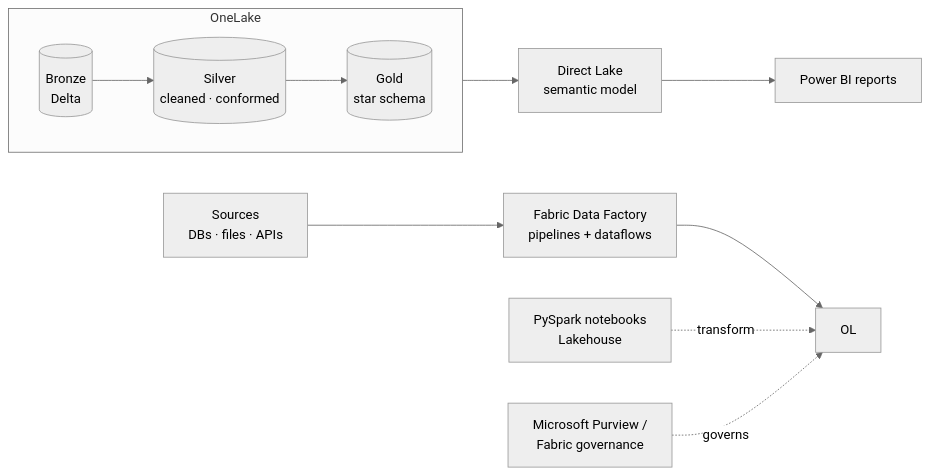
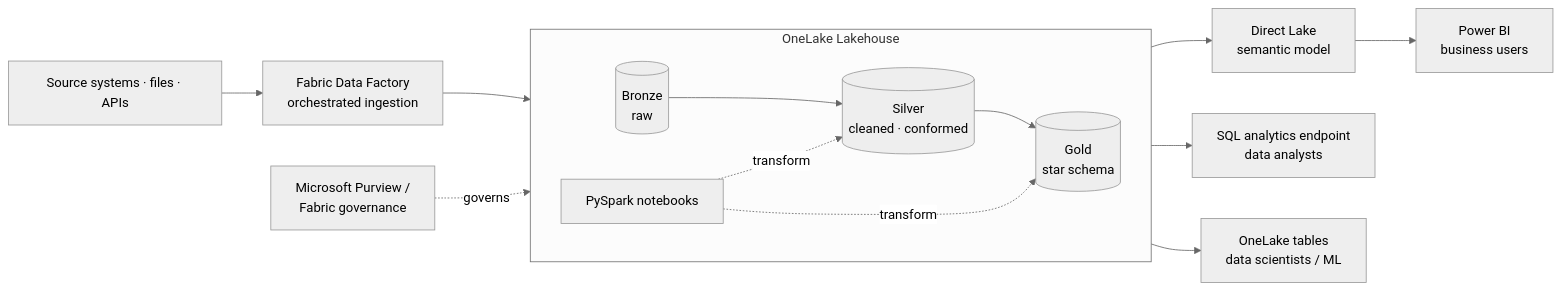
One commit to kamalakarpeta/enterprise-lakehouse-microsoft-fabric changed the diagram in README.md. Above: the diagram before and after it, drawn with Mermaid (neutral theme). The commit also changed other lines of this file, not shown here.

First line of the commit message:
docs: add Data & AI Platform Architect case study

````diff
--- a/README.md
+++ b/README.md
@@ -18,14 +18,17 @@
 ```mermaid
 flowchart LR
-  SRC[Sources<br/>DBs · files · APIs] --> DF[Fabric Data Factory<br/>pipelines + dataflows]
-  DF --> OL
-  subgraph OneLake
+  SRC[Source systems · files · APIs] --> DF[Fabric Data Factory<br/>orchestrated ingestion]
+  DF --> BRZ
+  subgraph OneLake Lakehouse
     direction LR
-    BRZ[(Bronze<br/>Delta)] --> SLV[(Silver<br/>cleaned · conformed)]
+    BRZ[(Bronze<br/>raw)] --> SLV[(Silver<br/>cleaned · conformed)]
     SLV --> GLD[(Gold<br/>star schema)]
+    NB[PySpark notebooks] -. transform .-> SLV
+    NB -. transform .-> GLD
   end
-  NB[PySpark notebooks<br/>Lakehouse] -. transform .-> OL
   GLD --> SM[Direct Lake<br/>semantic model]
-  SM --> PBI[Power BI reports]
-  PUR[Microsoft Purview /<br/>Fabric governance] -. governs .-> OL
+  SM --> PBI[Power BI<br/>business users]
+  GLD --> SQLA[SQL analytics endpoint<br/>data analysts]
+  GLD --> DS[OneLake tables<br/>data scientists / ML]
+  UC[Microsoft Purview /<br/>Fabric governance] -. governs .-> BRZ
 ```
````
